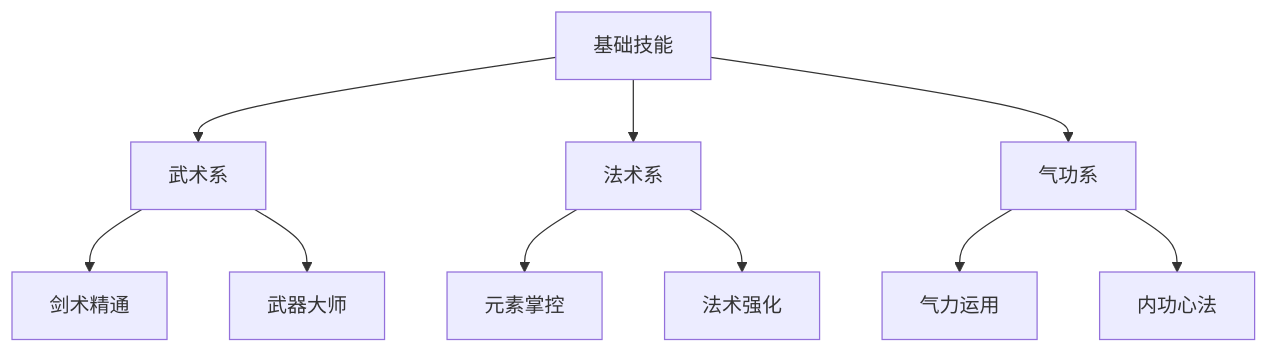
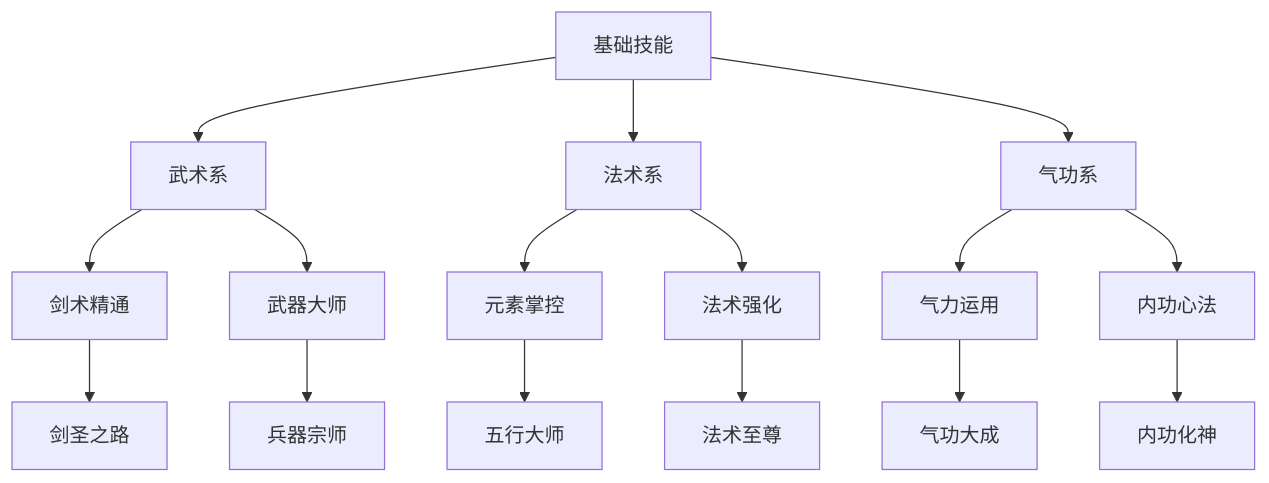
Before and after one commit to chutianshu1981/AwesomeUnityTutorial: the diagram in AI驱动游戏创作101/ep07-datas/ep07-3-角色成长系统.md, drawn with Mermaid. The commit also changed other lines of this file and 10 other files, not shown here.

````diff
--- a/AI驱动游戏创作101/ep07-datas/ep07-3-角色成长系统.md
+++ b/AI驱动游戏创作101/ep07-datas/ep07-3-角色成长系统.md
@@ -116,12 +324,18 @@
 ```mermaid
 graph TD
     A[基础技能] --> B[武术系]
     A --> C[法术系]
     A --> D[气功系]
     B --> E[剑术精通]
     B --> F[武器大师]
     C --> G[元素掌控]
     C --> H[法术强化]
     D --> I[气力运用]
     D --> J[内功心法]
+    E --> K[剑圣之路]
+    F --> L[兵器宗师]
+    G --> M[五行大师]
+    H --> N[法术至尊]
+    I --> O[气功大成]
+    J --> P[内功化神]
 ```
````
